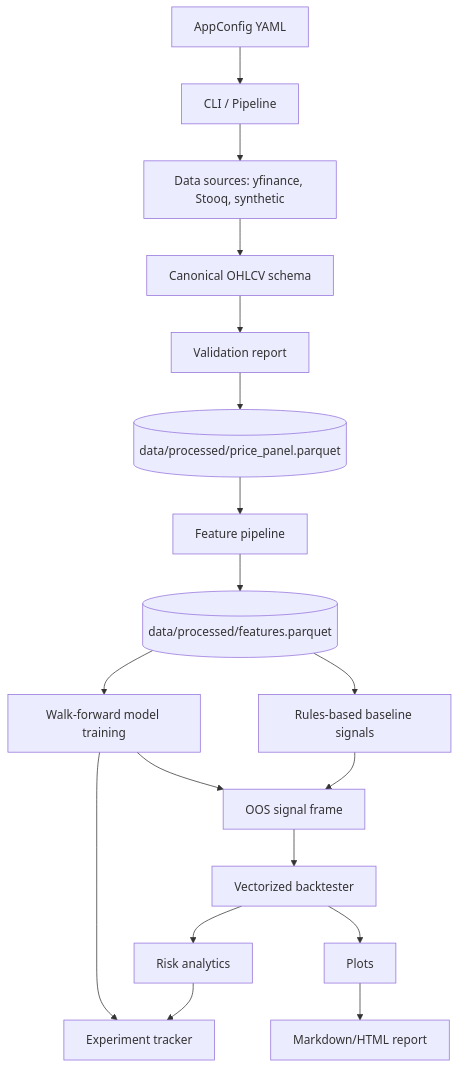
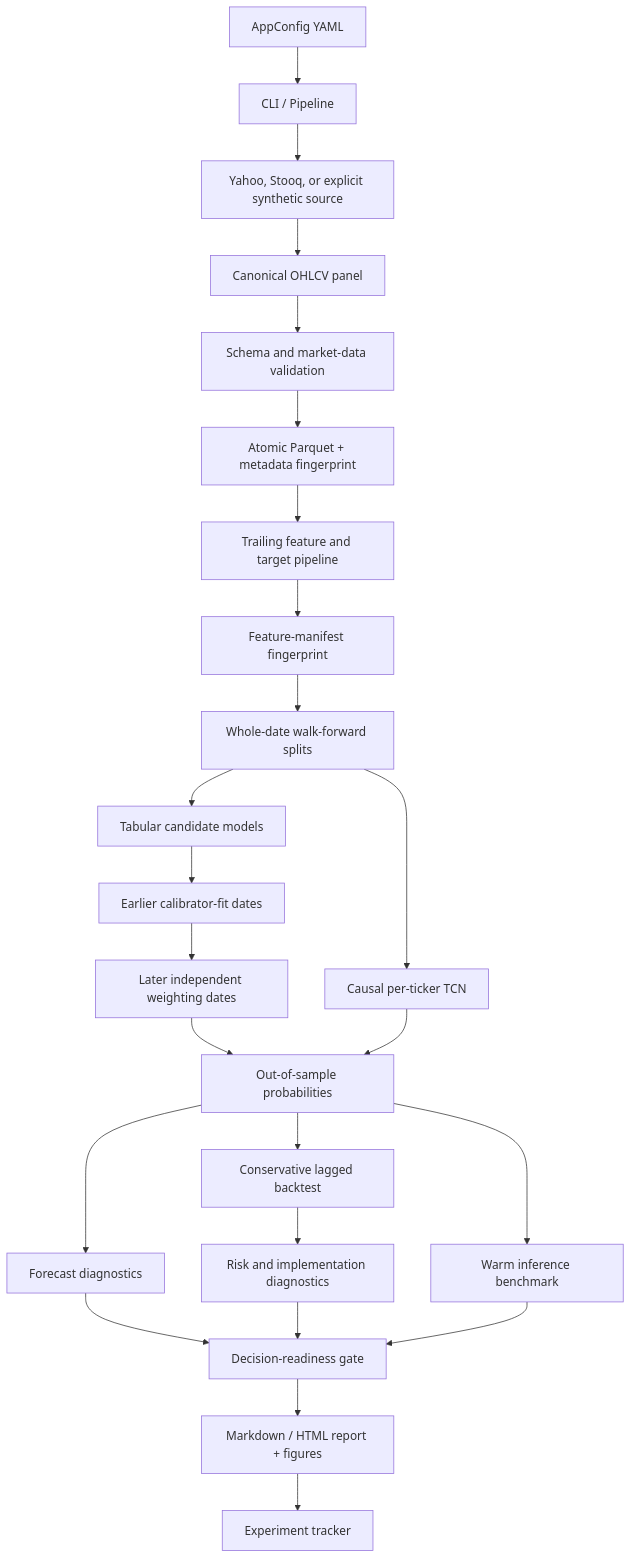
The diagram in docs/architecture.md (srgangaram-swe/Signalattice), drawn with Mermaid before and after one commit. The commit also changed other lines of this file and 64 other files, not shown here.

Commit message:
feat: add calibrated forecast decision readiness

````diff
--- a/docs/architecture.md
+++ b/docs/architecture.md
@@ -7,20 +9,26 @@
 ```mermaid
 flowchart TD
     A[AppConfig YAML] --> B[CLI / Pipeline]
-    B --> C[Data sources: yfinance, Stooq, synthetic]
-    C --> D[Canonical OHLCV schema]
-    D --> E[Validation report]
-    E --> F[(data/processed/price_panel.parquet)]
-    F --> G[Feature pipeline]
-    G --> H[(data/processed/features.parquet)]
-    H --> I[Walk-forward model training]
-    H --> J[Rules-based baseline signals]
-    I --> K[OOS signal frame]
-    J --> K
-    K --> L[Vectorized backtester]
-    L --> M[Risk analytics]
-    L --> N[Plots]
-    I --> O[Experiment tracker]
-    M --> O
-    N --> P[Markdown/HTML report]
+    B --> C[Yahoo, Stooq, or explicit synthetic source]
+    C --> D[Canonical OHLCV panel]
+    D --> E[Schema and market-data validation]
+    E --> F[Atomic Parquet + metadata fingerprint]
+    F --> G[Trailing feature and target pipeline]
+    G --> H[Feature-manifest fingerprint]
+    H --> I[Whole-date walk-forward splits]
+    I --> J[Tabular candidate models]
+    I --> K[Causal per-ticker TCN]
+    J --> L[Earlier calibrator-fit dates]
+    L --> W[Later independent weighting dates]
+    W --> M[Out-of-sample probabilities]
+    K --> M
+    M --> N[Forecast diagnostics]
+    M --> O[Conservative lagged backtest]
+    O --> P[Risk and implementation diagnostics]
+    M --> Q[Warm inference benchmark]
+    N --> R[Decision-readiness gate]
+    P --> R
+    Q --> R
+    R --> S[Markdown / HTML report + figures]
+    S --> T[Experiment tracker]
 ```
````
